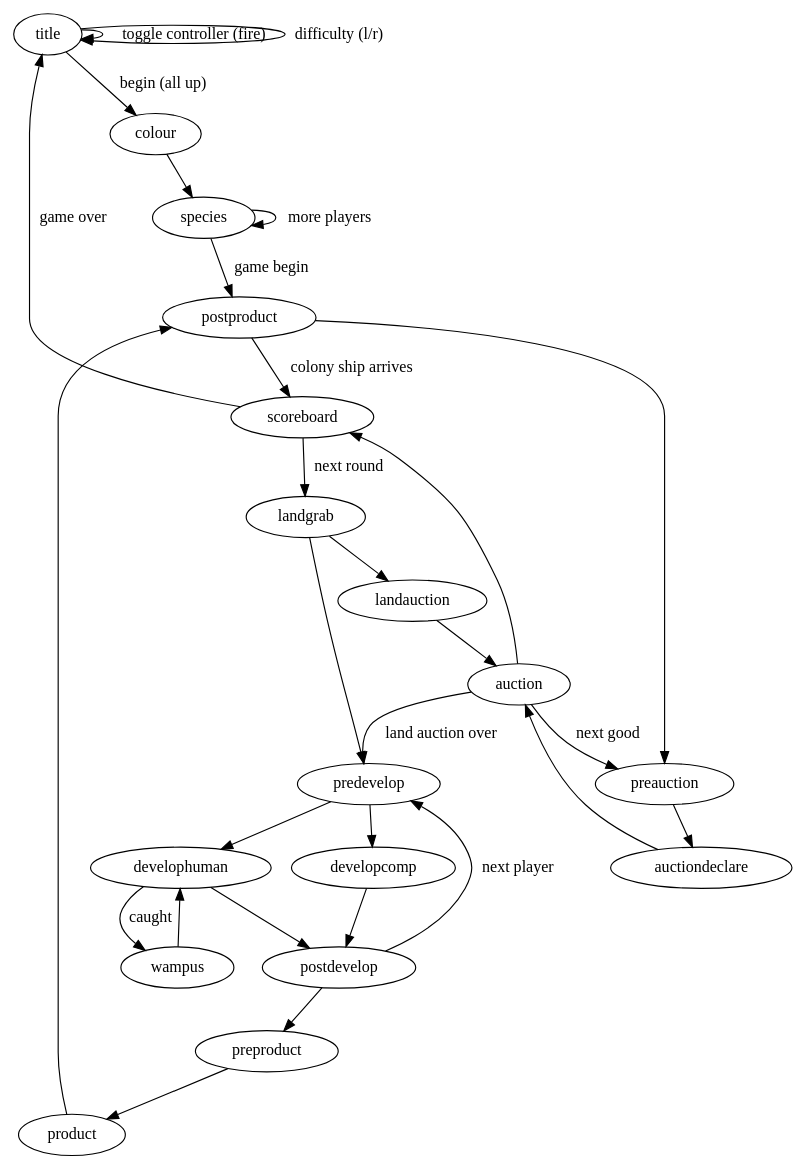
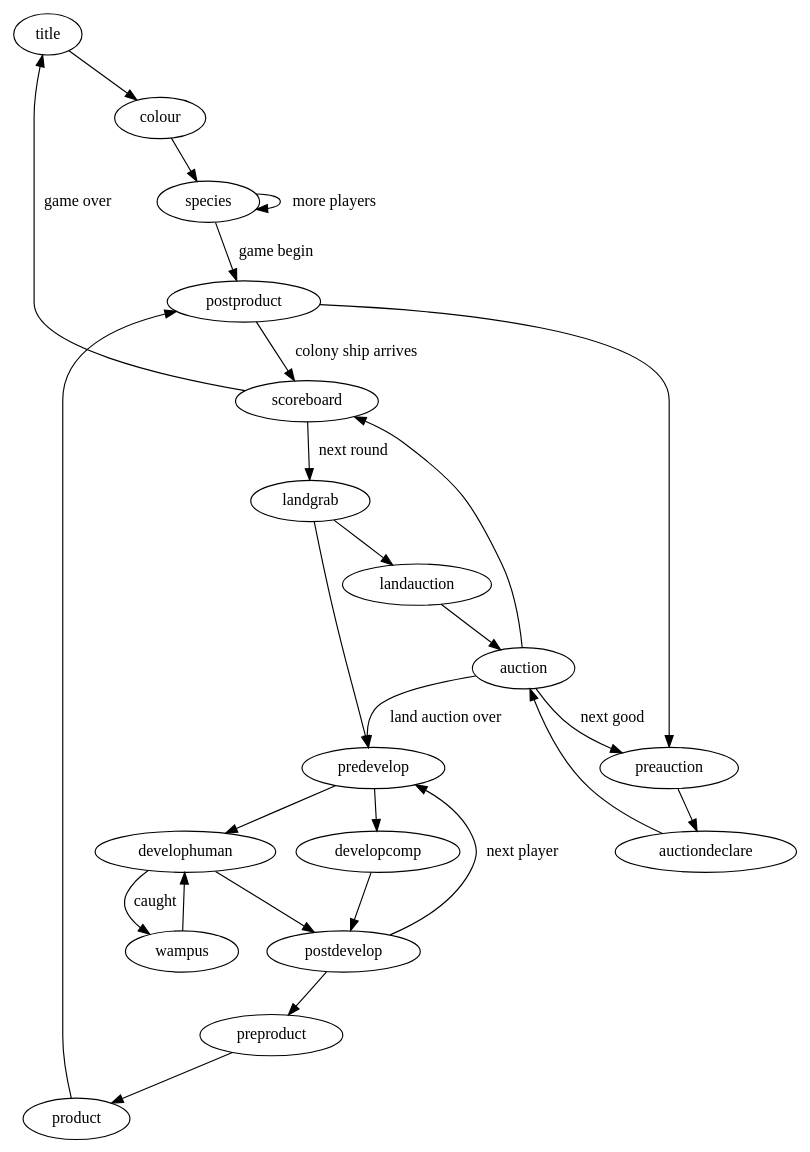
Before and after one commit to LionsPhil/mewl: the diagram in doc/stages.dot, drawn with Graphviz. The commit also changed 5 other files, not shown here.

```diff
--- a/doc/stages.dot
+++ b/doc/stages.dot
@@ -1,31 +1,32 @@
 /* dot stages.dot -Tpng -o stages.png */
 digraph stages {
-	title -> title [label="toggle controller (fire)"];
+	/* title -> title [label="toggle controller (fire)"];
 	title -> title [label="difficulty (l/r)"];
-	title -> colour [label="begin (all up)"];
+	title -> colour [label="begin (all up)"]; */
+	title -> colour;
 	colour -> species;
 	species -> species [label="more players"];
 	species -> postproduct [label="game begin"];
 	postproduct -> scoreboard [label="colony ship arrives"];
 	scoreboard -> title [label="game over"];
 	scoreboard -> landgrab [label="next round"];
 	landgrab -> landauction;
 	landauction -> auction;
 	auction -> predevelop [label="land auction over"];
 	landgrab -> predevelop;
 	predevelop -> develophuman;
 	develophuman -> wampus [label="caught"];
 	wampus -> develophuman;
 	develophuman -> postdevelop;
 	predevelop -> developcomp;
 	developcomp -> postdevelop;
 	postdevelop -> predevelop [label="next player"];
 	postdevelop -> preproduct;
 	preproduct -> product;
 	product -> postproduct;
 	postproduct -> preauction;
 	preauction -> auctiondeclare;
 	auctiondeclare -> auction;
 	auction -> preauction [label="next good"];
 	auction -> scoreboard;
 }
```
